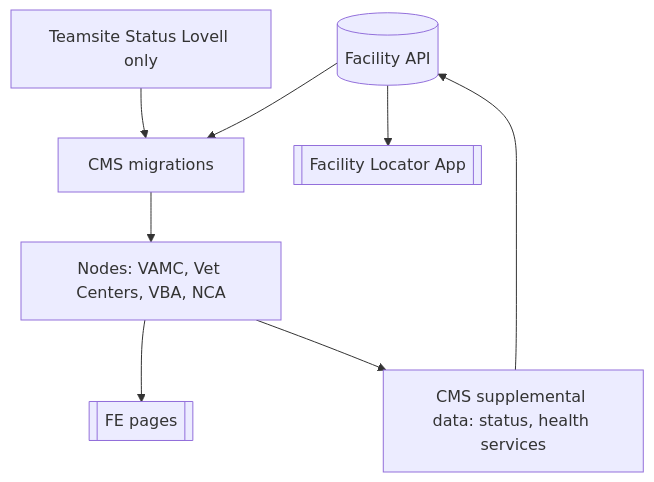
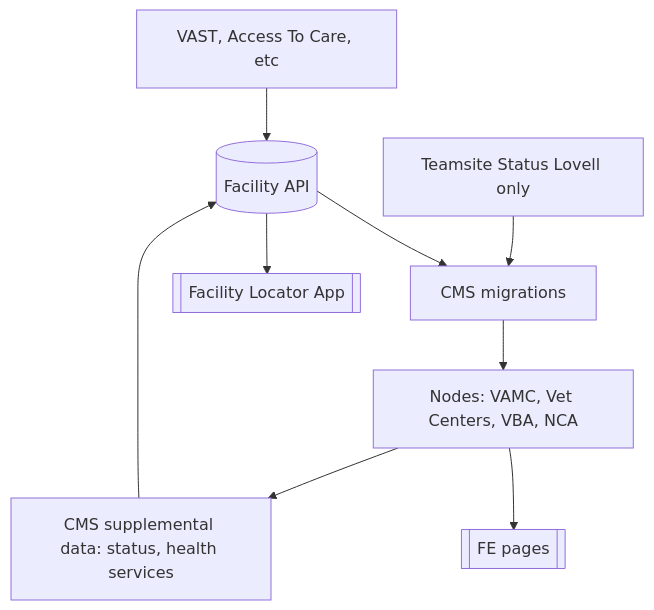
One commit to department-of-veterans-affairs/va.gov-cms changed the diagram in READMES/migrations-facility.md. Above: the diagram before and after it, drawn with Mermaid.

Commit message:
[DOCS] Add VAST to data flow on Migrations doc.

````diff
--- a/READMES/migrations-facility.md
+++ b/READMES/migrations-facility.md
@@ -13,10 +13,11 @@
 ```mermaid
 graph TD;
+    vast[VAST, Access To Care, etc]-->fapi;
     fapi[(Facility API)]-->migrations[CMS migrations];
     fapi-->fl[[Facility Locator App]];
     teamsite[Teamsite Status Lovell only]-->migrations;
     migrations-->nodes[Nodes: VAMC, Vet Centers, VBA, NCA];
     nodes-->FE[[FE pages]];
     nodes-->data
     data[CMS supplemental data: status, health services] -->fapi;
 ```
````
